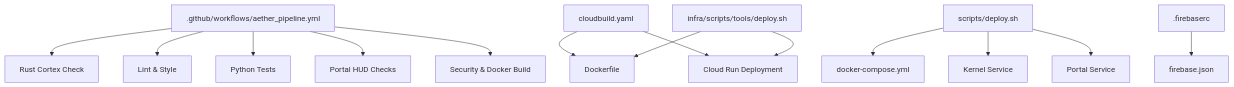
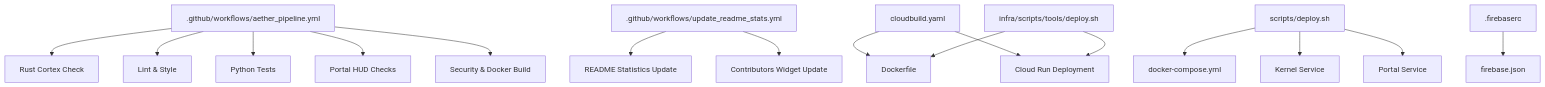
One commit to Moeabdelaziz007/Aether-Voice-OS changed the first of 9 diagrams in .qoder/repowiki/en/content/Deployment and Operations/CI_CD Pipeline and Automated Deployment.md. Above: the diagram before and after it, drawn with Mermaid. The commit also changed other lines of this file and 10 other files, not shown here.

````diff
--- a/.qoder/repowiki/en/content/Deployment and Operations/CI_CD Pipeline and Automated Deployment.md
+++ b/.qoder/repowiki/en/content/Deployment and Operations/CI_CD Pipeline and Automated Deployment.md
@@ -42,16 +54,18 @@
 ```mermaid
 graph TB
 GH[".github/workflows/aether_pipeline.yml"] --> STAGE1["Rust Cortex Check"]
 GH --> STAGE2["Lint & Style"]
 GH --> STAGE3["Python Tests"]
 GH --> STAGE4["Portal HUD Checks"]
 GH --> STAGE5["Security & Docker Build"]
+GH2[".github/workflows/update_readme_stats.yml"] --> STATS["README Statistics Update"]
+GH2 --> CONTRIB["Contributors Widget Update"]
 CB["cloudbuild.yaml"] --> DOCKER["Dockerfile"]
 CB --> CR["Cloud Run Deployment"]
 DS1["scripts/deploy.sh"] --> DC["docker-compose.yml"]
 DS1 --> KERN["Kernel Service"]
 DS1 --> PORTAL["Portal Service"]
 IDS["infra/scripts/tools/deploy.sh"] --> DOCKER
 IDS --> CR
 FB[".firebaserc"] --> FH["firebase.json"]
 ```
````
